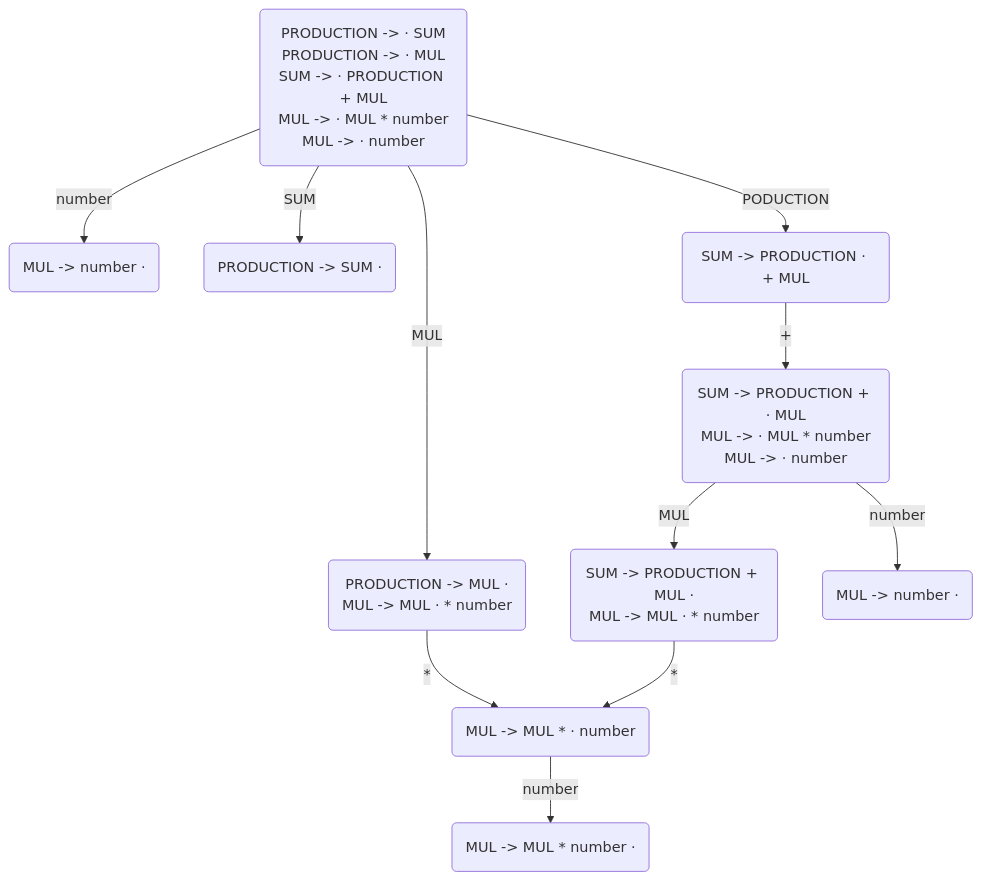
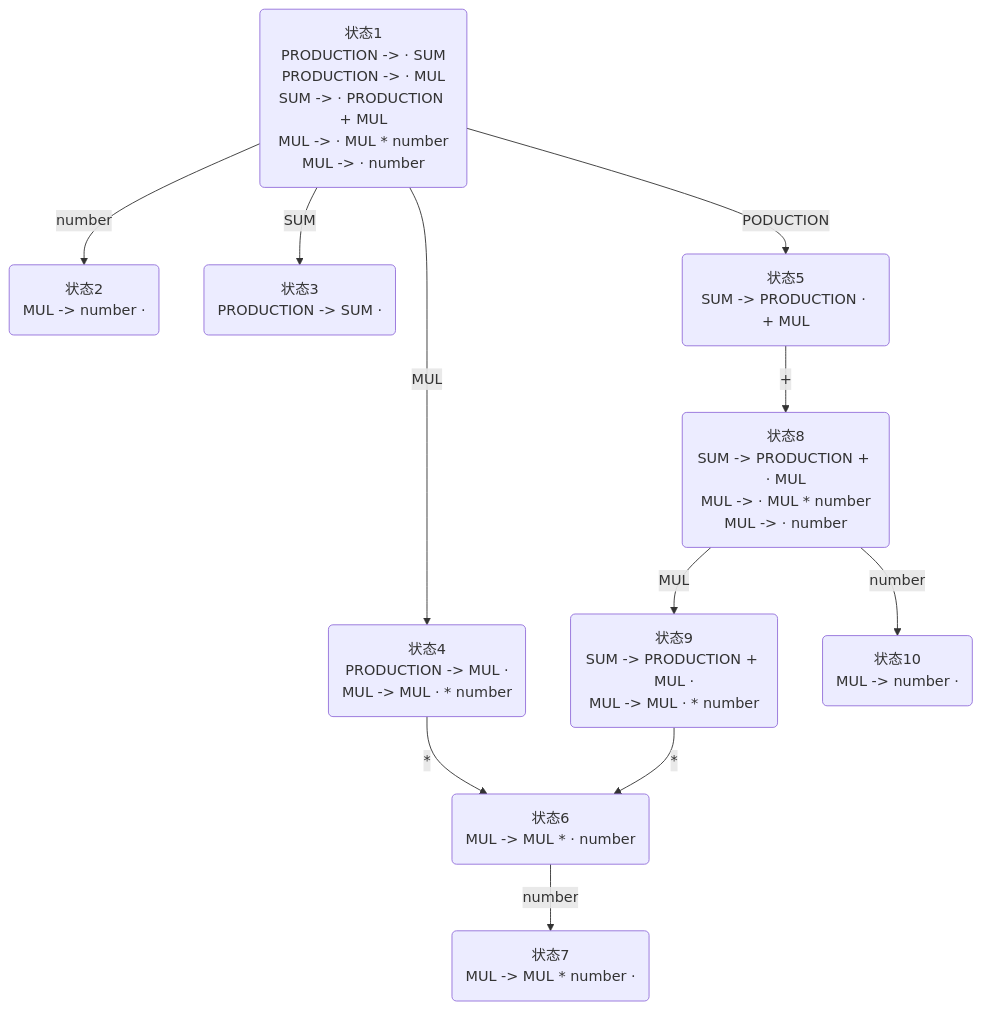
Before and after one commit to fightinggg/hexo-blog: diagram 36 of 37 in source/_posts/编译器/编译器.md, drawn with Mermaid. The commit also changed other lines of this file, not shown here.

````diff
--- a/source/_posts/编译器/编译器.md
+++ b/source/_posts/编译器/编译器.md
@@ -1206,24 +1206,24 @@
 ```mermaid
 graph TD
-  I1("PRODUCTION -> · SUM<br/>PRODUCTION -> · MUL<br/>SUM -> · PRODUCTION + MUL<br/>MUL -> · MUL * number<br/>MUL -> · number")
-  I2("MUL -> number ·")
-  I3("PRODUCTION -> SUM · ")
-  I4("PRODUCTION -> MUL · <br/>MUL -> MUL · * number")
-  I5("SUM -> PRODUCTION · + MUL")
-  I6("MUL -> MUL * · number")
-  I7("MUL -> MUL * number · ")
-  I8("SUM -> PRODUCTION + · MUL<br/>MUL -> · MUL * number<br/>MUL -> · number")
-  I9("SUM -> PRODUCTION + MUL ·<br/>MUL -> MUL · * number")
-  I10("MUL -> number ·")
+  I1("状态1<br/>PRODUCTION -> · SUM<br/>PRODUCTION -> · MUL<br/>SUM -> · PRODUCTION + MUL<br/>MUL -> · MUL * number<br/>MUL -> · number")
+  I2("状态2<br/>MUL -> number ·")
+  I3("状态3<br/>PRODUCTION -> SUM · ")
+  I4("状态4<br/>PRODUCTION -> MUL · <br/>MUL -> MUL · * number")
+  I5("状态5<br/>SUM -> PRODUCTION · + MUL")
+  I6("状态6<br/>MUL -> MUL * · number")
+  I7("状态7<br/>MUL -> MUL * number · ")
+  I8("状态8<br/>SUM -> PRODUCTION + · MUL<br/>MUL -> · MUL * number<br/>MUL -> · number")
+  I9("状态9<br/>SUM -> PRODUCTION + MUL ·<br/>MUL -> MUL · * number")
+  I10("状态10<br/>MUL -> number ·")
   I1 -->|number| I2
   I1 -->|SUM| I3
   I1 -->|MUL| I4
   I1 -->|PODUCTION| I5
   I4 -->|*| I6
   I6 -->|number| I7
   I5 -->|+| I8
   I8 -->|MUL| I9
   I8 -->|number| I10
   I9 -->|*| I6
   
 ```
````
